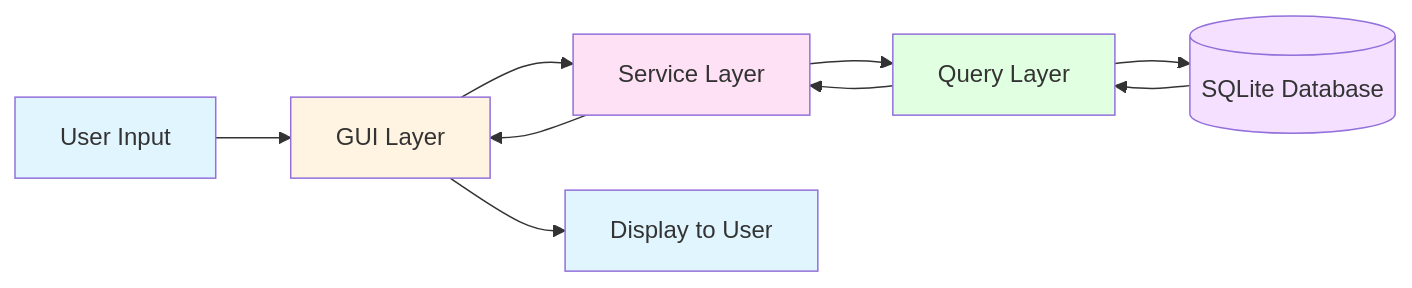
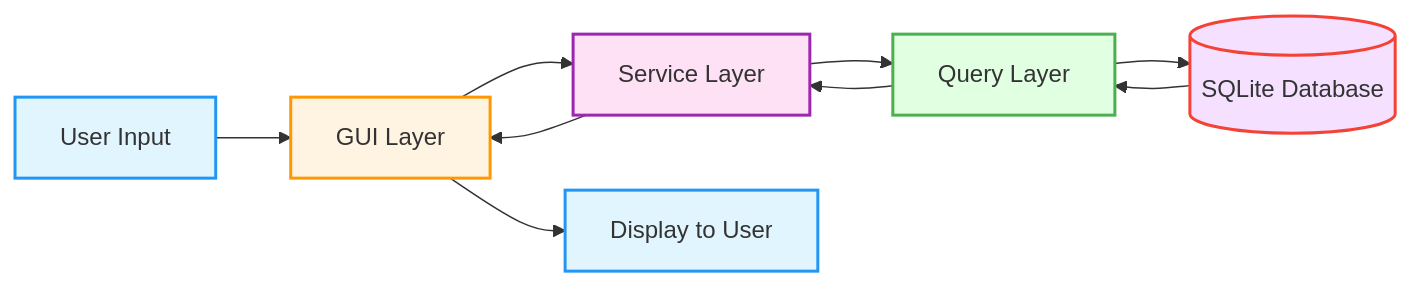
One commit to revxcode/k3-absensi changed the tenth of 10 diagrams in flowchart.md. Above: the diagram before and after it, drawn with Mermaid. The commit also changed other lines of this file, not shown here.

Commit message:
Enhance Data Flow Diagram: Add colors and stroke styles for improved visual clarity

````diff
--- a/flowchart.md
+++ b/flowchart.md
@@ -300,19 +299,19 @@
 ```mermaid
 flowchart LR
     User[User Input] --> GUI[GUI Layer]
     GUI --> Service[Service Layer]
     Service --> Query[Query Layer]
     Query --> DB[(SQLite Database)]
     
     DB --> Query
     Query --> Service
     Service --> GUI
     GUI --> Display[Display to User]
     
-    style User fill:#e1f5ff
-    style GUI fill:#fff4e1
-    style Service fill:#ffe1f5
-    style Query fill:#e1ffe1
-    style DB fill:#f5e1ff
-    style Display fill:#e1f5ff
+    style User fill:#e1f5ff,stroke:#2196F3,stroke-width:2px
+    style GUI fill:#fff4e1,stroke:#FF9800,stroke-width:2px
+    style Service fill:#ffe1f5,stroke:#9C27B0,stroke-width:2px
+    style Query fill:#e1ffe1,stroke:#4CAF50,stroke-width:2px
+    style DB fill:#f5e1ff,stroke:#F44336,stroke-width:2px
+    style Display fill:#e1f5ff,stroke:#2196F3,stroke-width:2px
 ```
````
